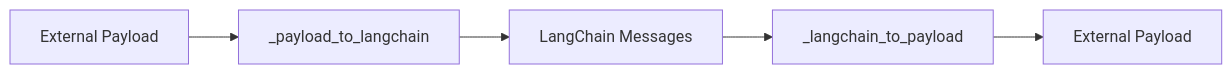
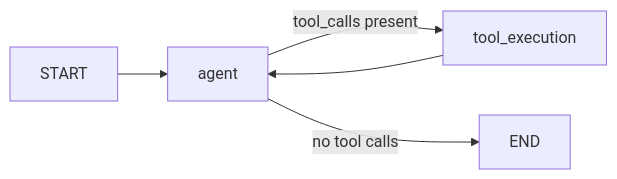
Before and after one commit to tashifkhan/tashif.codes: the second of 6 diagrams in src/data/docs/agentic-browser/AI Agent System/Reactive Agent Architecture.md, drawn with Mermaid. The commit also changed other lines of this file and 114 other files, not shown here.

````diff
--- a/src/data/docs/agentic-browser/AI Agent System/Reactive Agent Architecture.md
+++ b/src/data/docs/agentic-browser/AI Agent System/Reactive Agent Architecture.md
@@ -80,7 +65,7 @@
 ```mermaid
-flowchart LR
-P["External Payload"] --> N1["_payload_to_langchain"]
-N1 --> LC["LangChain Messages"]
-LC --> N2["_langchain_to_payload"]
-N2 --> P2["External Payload"]
+graph LR
+  Start["START"] --> Agent["agent"]
+  Agent -->|"tool_calls present"| Tools["tool_execution"]
+  Tools --> Agent
+  Agent -->|"no tool calls"| End["END"]
 ```
````
